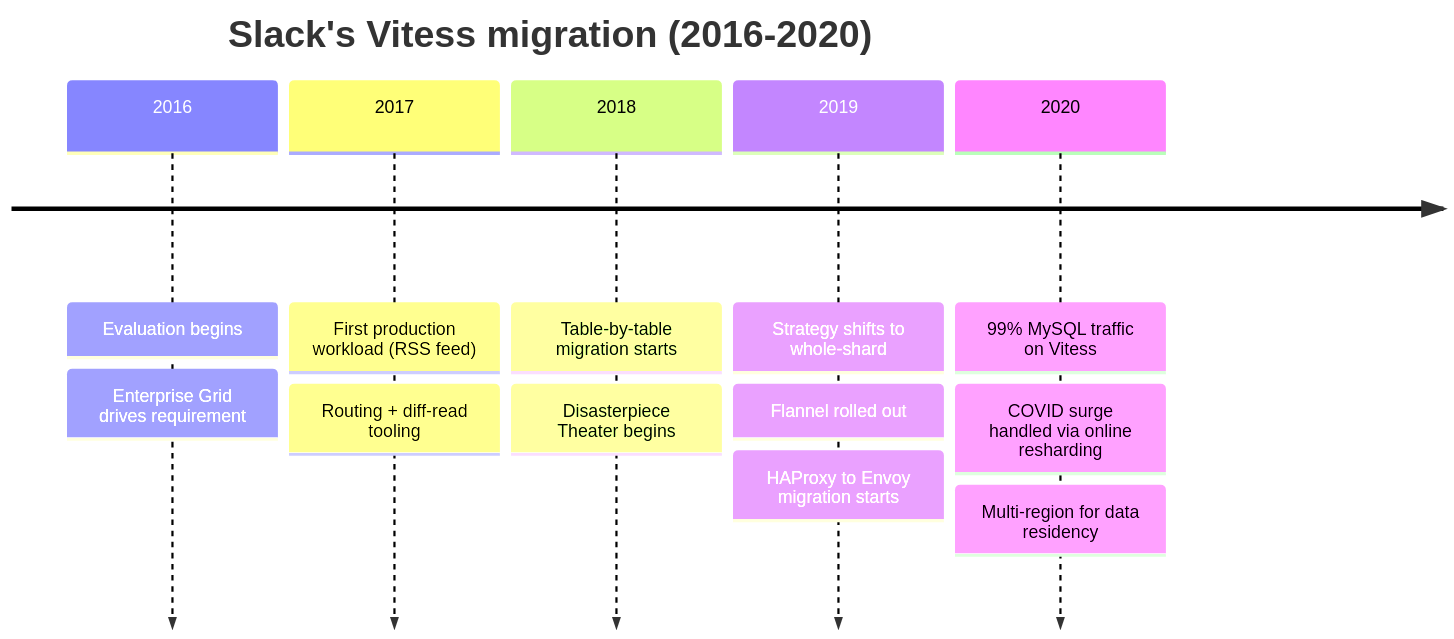
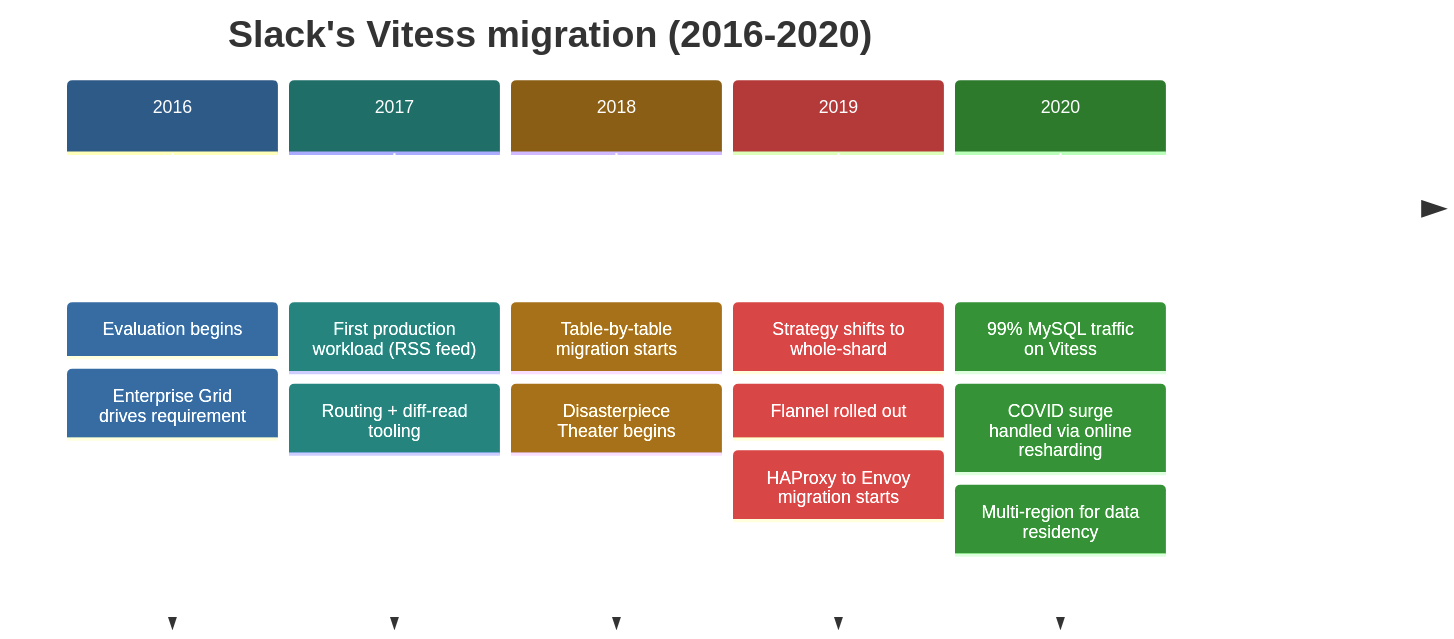
Before and after one commit to sujeet-pro/sujeet.pro: the diagram in content/articles/slack-distributed-architecture/diagrams/vitess-migration-timeline.mermaid, drawn with Mermaid. The commit also changed 2813 other files, not shown here.

First line of the commit message:
feat: adopt pagesmith 0.11 + diagramkit 0.4 — upstream feed/sitemap/validators, optimized re-render, contrast gate ON

```diff
--- a/content/articles/slack-distributed-architecture/diagrams/vitess-migration-timeline.mermaid
+++ b/content/articles/slack-distributed-architecture/diagrams/vitess-migration-timeline.mermaid
@@ -1,17 +1,17 @@
 %% Diagram: Vitess migration timeline (2016–2020)
 %% Type: timeline
-%%{init: {'htmlLabels': false}}%%
+%%{init: {'htmlLabels': false, 'themeVariables': {'cScale0': '#2E5A88', 'cScale1': '#1F6E68', 'cScale2': '#8B5E15', 'cScale3': '#B43A3A', 'cScale4': '#2D7A2D', 'cScale5': '#5A5A5A', 'cScale6': '#2E5A88', 'cScale7': '#1F6E68', 'cScale8': '#8B5E15', 'cScale9': '#B43A3A', 'cScale10': '#2D7A2D', 'cScale11': '#5A5A5A', 'cScaleLabel0': '#ffffff', 'cScaleLabel1': '#ffffff', 'cScaleLabel2': '#ffffff', 'cScaleLabel3': '#ffffff', 'cScaleLabel4': '#ffffff', 'cScaleLabel5': '#ffffff', 'cScaleLabel6': '#ffffff', 'cScaleLabel7': '#ffffff', 'cScaleLabel8': '#ffffff', 'cScaleLabel9': '#ffffff', 'cScaleLabel10': '#ffffff', 'cScaleLabel11': '#ffffff'}}}%%
 timeline
     title Slack's Vitess migration (2016-2020)
     2016 : Evaluation begins
          : Enterprise Grid drives requirement
     2017 : First production workload (RSS feed)
          : Routing + diff-read tooling
     2018 : Table-by-table migration starts
          : Disasterpiece Theater begins
     2019 : Strategy shifts to whole-shard
          : Flannel rolled out
          : HAProxy to Envoy migration starts
     2020 : 99% MySQL traffic on Vitess
          : COVID surge handled via online resharding
          : Multi-region for data residency
```
